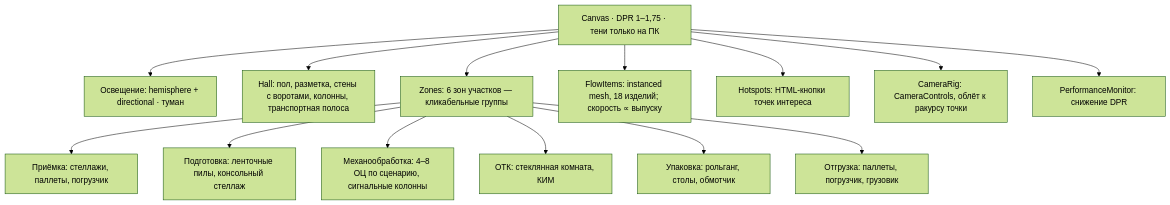
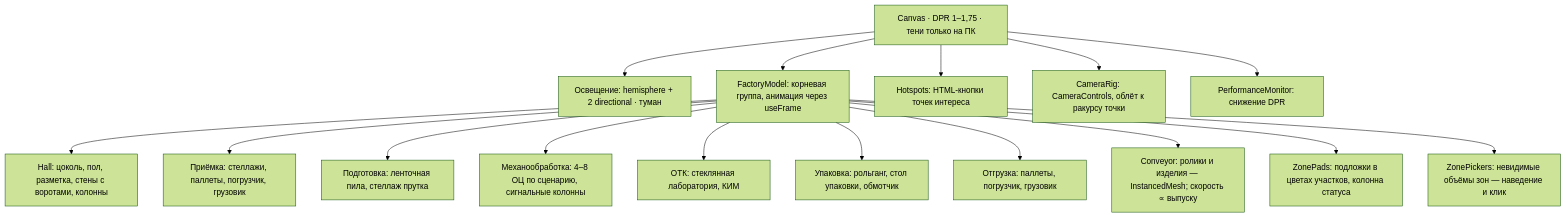
Before and after one commit to aMr1231/-3D--_: the sixth of 6 diagrams in docs/02-architecture.md, drawn with Mermaid (forest theme). The commit also changed other lines of this file and 21 other files, not shown here.

````diff
--- a/docs/02-architecture.md
+++ b/docs/02-architecture.md
@@ -194,16 +194,18 @@
 ```mermaid
 flowchart TB
-  Canvas[Canvas · DPR 1–1,75 · тени только на ПК] --> Env[Освещение: hemisphere + directional · туман]
-  Canvas --> Hall[Hall: пол, разметка, стены с воротами, колонны, транспортная полоса]
-  Canvas --> Zones[Zones: 6 зон участков — кликабельные группы]
-  Zones --> Z1[Приёмка: стеллажи, паллеты, погрузчик]
-  Zones --> Z2[Подготовка: ленточные пилы, консольный стеллаж]
-  Zones --> Z3[Механообработка: 4–8 ОЦ по сценарию, сигнальные колонны]
-  Zones --> Z4[ОТК: стеклянная комната, КИМ]
-  Zones --> Z5[Упаковка: рольганг, столы, обмотчик]
-  Zones --> Z6[Отгрузка: паллеты, погрузчик, грузовик]
-  Canvas --> Flow[FlowItems: instanced mesh, 18 изделий; скорость ∝ выпуску]
+  Canvas[Canvas · DPR 1–1,75 · тени только на ПК] --> Env[Освещение: hemisphere + 2 directional · туман]
+  Canvas --> Model[FactoryModel: корневая группа, анимация через useFrame]
+  Model --> Hall[Hall: цоколь, пол, разметка, стены с воротами, колонны]
+  Model --> Z1[Приёмка: стеллажи, паллеты, погрузчик, грузовик]
+  Model --> Z2[Подготовка: ленточная пила, стеллаж прутка]
+  Model --> Z3[Механообработка: 4–8 ОЦ по сценарию, сигнальные колонны]
+  Model --> Z4[ОТК: стеклянная лаборатория, КИМ]
+  Model --> Z5[Упаковка: рольганг, стол упаковки, обмотчик]
+  Model --> Z6[Отгрузка: паллеты, погрузчик, грузовик]
+  Model --> Conv[Conveyor: ролики и изделия — InstancedMesh; скорость ∝ выпуску]
+  Model --> Pads[ZonePads: подложки в цветах участков, колонна статуса]
+  Model --> Pick[ZonePickers: невидимые объёмы зон — наведение и клик]
   Canvas --> Spots[Hotspots: HTML-кнопки точек интереса]
   Canvas --> Rig[CameraRig: CameraControls, облёт к ракурсу точки]
   Canvas --> Perf[PerformanceMonitor: снижение DPR]
 ```
````
